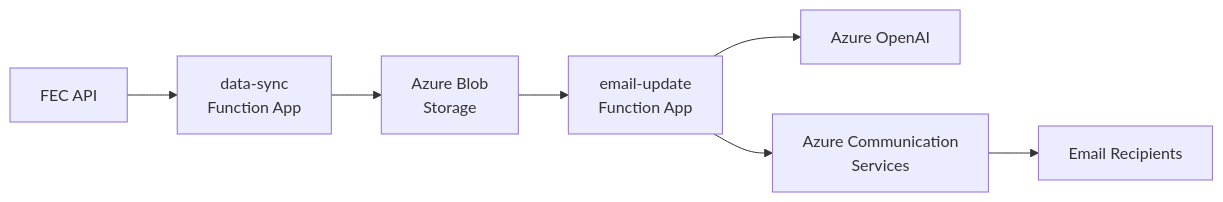
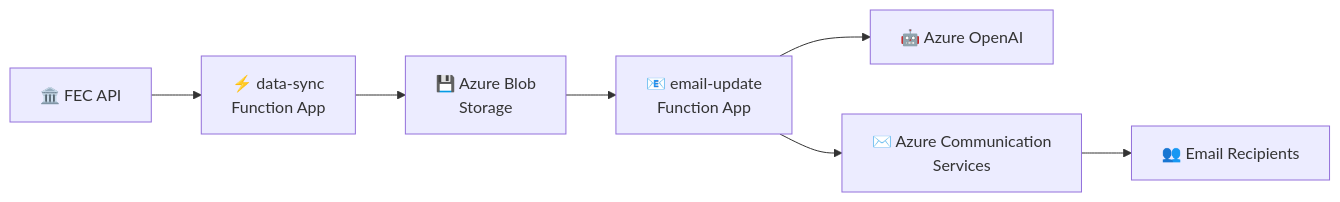
The diagram in README.md (microsoft/Social-Impact-Dev---Copilot-Agent-Prototype), drawn with Mermaid before and after one commit. The commit also changed other lines of this file and 5 other files, not shown here.

````diff
--- a/README.md
+++ b/README.md
@@ -7,9 +7,9 @@
 ```mermaid
 flowchart LR
-    FEC["FEC API"] --> DS["data-sync<br/>Function App"]
-    DS --> Blob["Azure Blob<br/>Storage"]
-    Blob --> EU["email-update<br/>Function App"]
-    EU --> OpenAI["Azure OpenAI"]
-    EU --> ACS["Azure Communication<br/>Services"]
-    ACS --> Email["Email Recipients"]
+    FEC["🏛️ FEC API"] --> DS["⚡ data-sync<br/>Function App"]
+    DS --> Blob["💾 Azure Blob<br/>Storage"]
+    Blob --> EU["📧 email-update<br/>Function App"]
+    EU --> OpenAI["🤖 Azure OpenAI"]
+    EU --> ACS["✉️ Azure Communication<br/>Services"]
+    ACS --> Email["👥 Email Recipients"]
 ```
````
